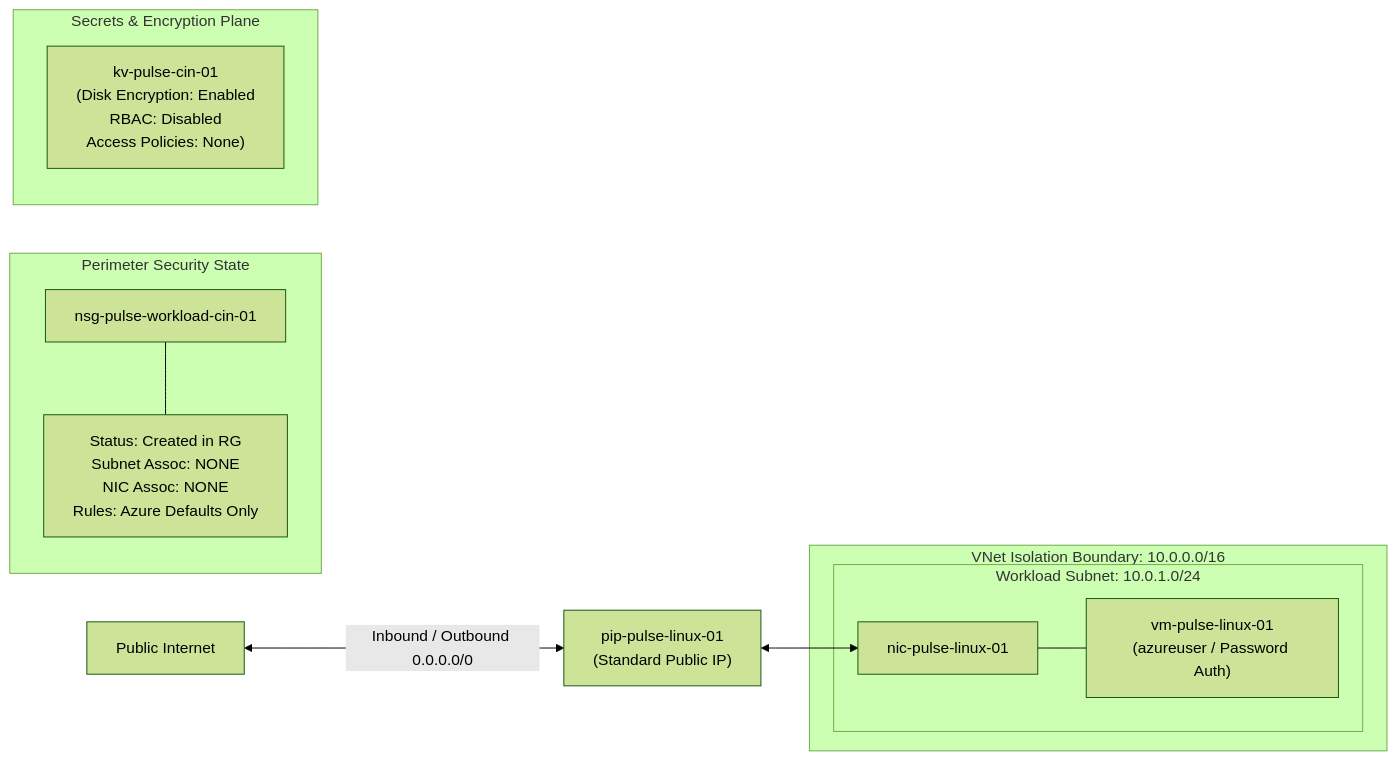
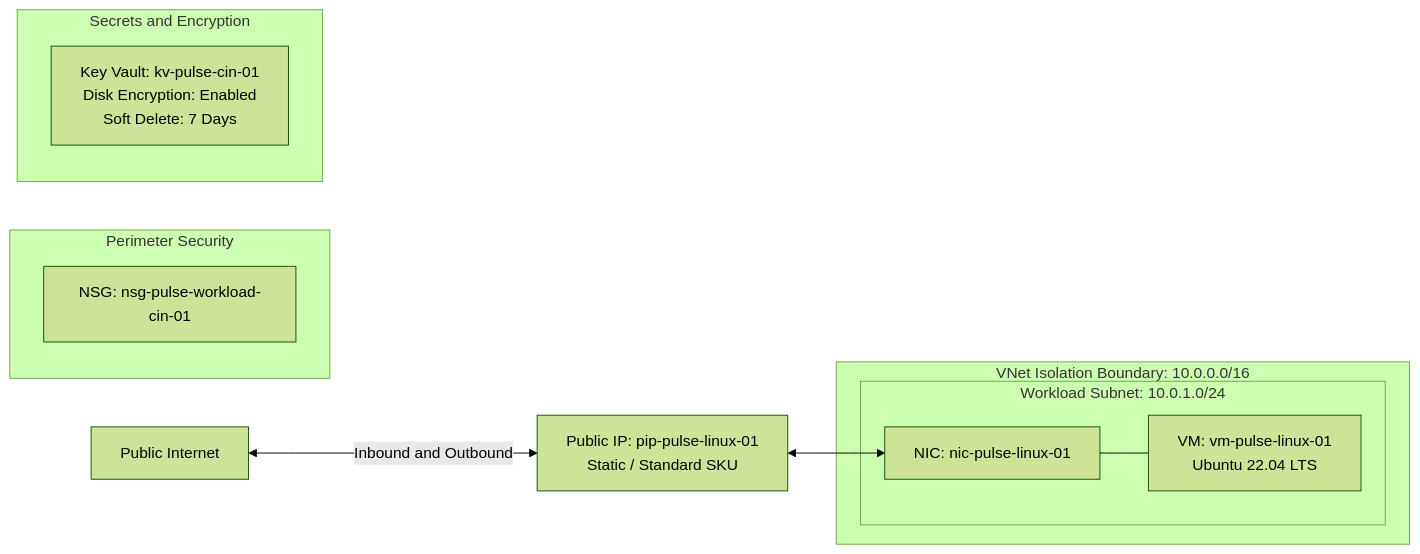
Before and after one commit to pahujarvp/pulse-terraform: the second of 4 diagrams in architecture/diagrams.md, drawn with Mermaid (forest theme). The commit also changed other lines of this file and 6 other files, not shown here.

Commit message:
docs: update architecture showcase documentation and diagrams

````diff
--- a/architecture/diagrams.md
+++ b/architecture/diagrams.md
@@ -58,24 +58,22 @@
 ```mermaid
 flowchart LR
-    Internet["Public Internet"] <-->|Inbound / Outbound 0.0.0.0/0| PIP["pip-pulse-linux-01<br/>(Standard Public IP)"]
+    Internet["Public Internet"] <-->|Inbound and Outbound| PIP["Public IP: pip-pulse-linux-01<br/>Static / Standard SKU"]
 
     subgraph Boundary["VNet Isolation Boundary: 10.0.0.0/16"]
         subgraph Subnet_Workload["Workload Subnet: 10.0.1.0/24"]
-            NIC["nic-pulse-linux-01"]
-            VM["vm-pulse-linux-01<br/>(azureuser / Password Auth)"]
+            NIC["NIC: nic-pulse-linux-01"]
+            VM["VM: vm-pulse-linux-01<br/>Ubuntu 22.04 LTS"]
             NIC --- VM
         end
     end
 
     PIP <--> NIC
 
-    subgraph Security_Perimeter["Perimeter Security State"]
-        NSG_Box["nsg-pulse-workload-cin-01"]
-        NSG_State["Status: Created in RG<br/>Subnet Assoc: NONE<br/>NIC Assoc: NONE<br/>Rules: Azure Defaults Only"]
-        NSG_Box --- NSG_State
+    subgraph Security_Perimeter["Perimeter Security"]
+        NSG_Box["NSG: nsg-pulse-workload-cin-01"]
     end
 
-    subgraph Secrets_Boundary["Secrets & Encryption Plane"]
-        KV["kv-pulse-cin-01<br/>(Disk Encryption: Enabled<br/>RBAC: Disabled<br/>Access Policies: None)"]
+    subgraph Secrets_Boundary["Secrets and Encryption"]
+        KV["Key Vault: kv-pulse-cin-01<br/>Disk Encryption: Enabled<br/>Soft Delete: 7 Days"]
     end
 ```
````
